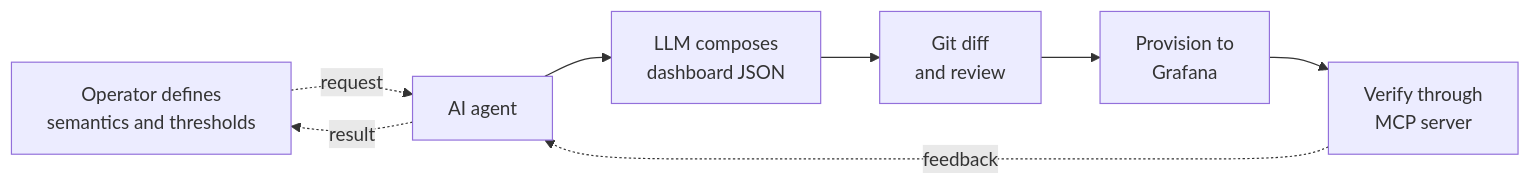
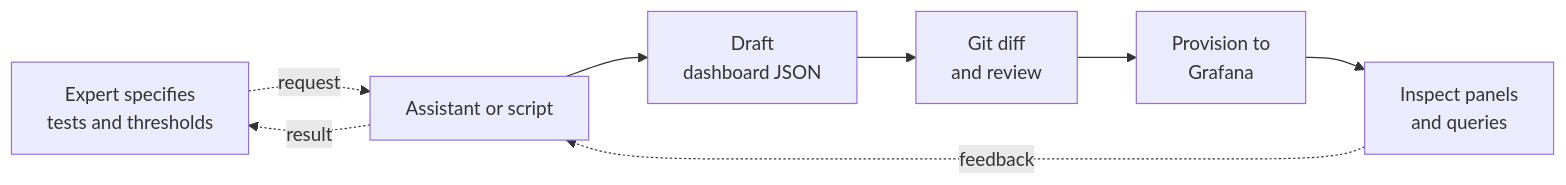
One commit to hanx-hep/2026-cepc-dci changed the fourth of 5 diagrams in slides.md. Above: the diagram before and after it, drawn with Mermaid. The commit also changed other lines of this file, not shown here.

````diff
--- a/slides.md
+++ b/slides.md
@@ -218,10 +220,10 @@
 ```mermaid {scale: 0.58}
 flowchart LR
-    A[Operator defines<br/>semantics and thresholds] -. request .-> B[AI agent]
-    B --> F[LLM composes<br/>dashboard JSON]
+    A[Expert specifies<br/>tests and thresholds] -. request .-> B[Assistant or script]
+    B --> F[Draft<br/>dashboard JSON]
     F --> C[Git diff<br/>and review]
     C --> D[Provision to<br/>Grafana]
-    D --> E[Verify through<br/>MCP server]
+    D --> E[Inspect panels<br/>and queries]
     E -. feedback .-> B
     B -. result .-> A
 ```
````
